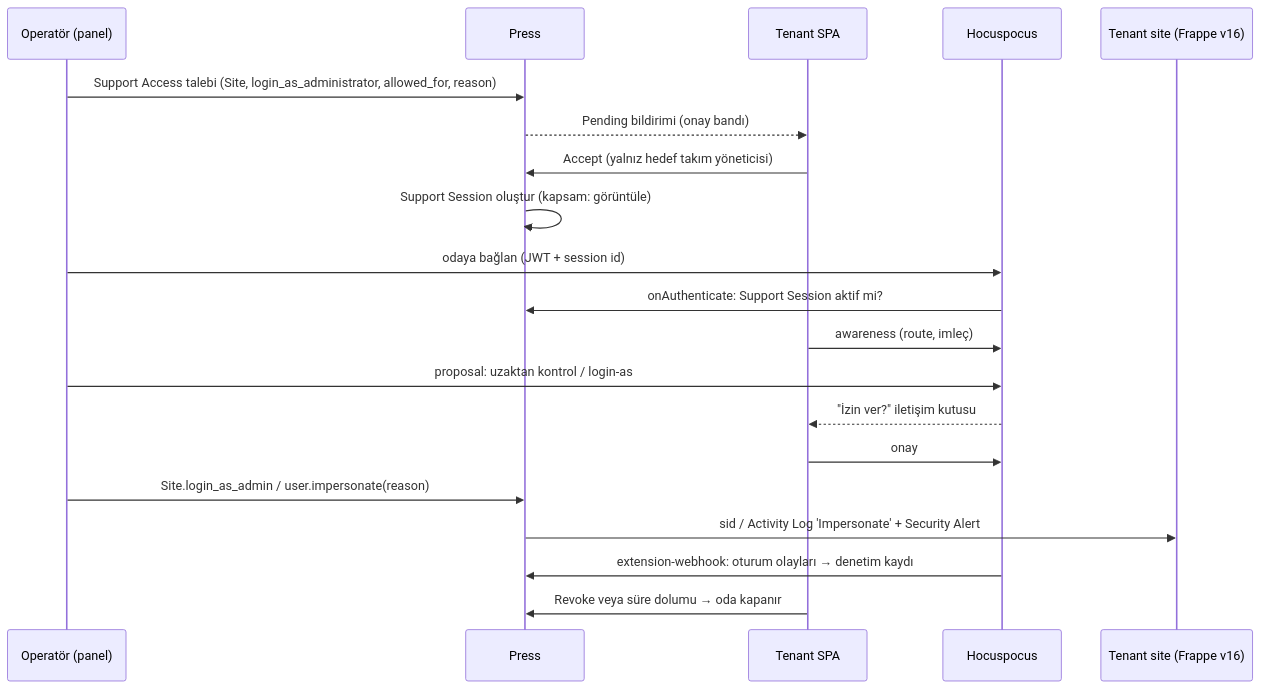
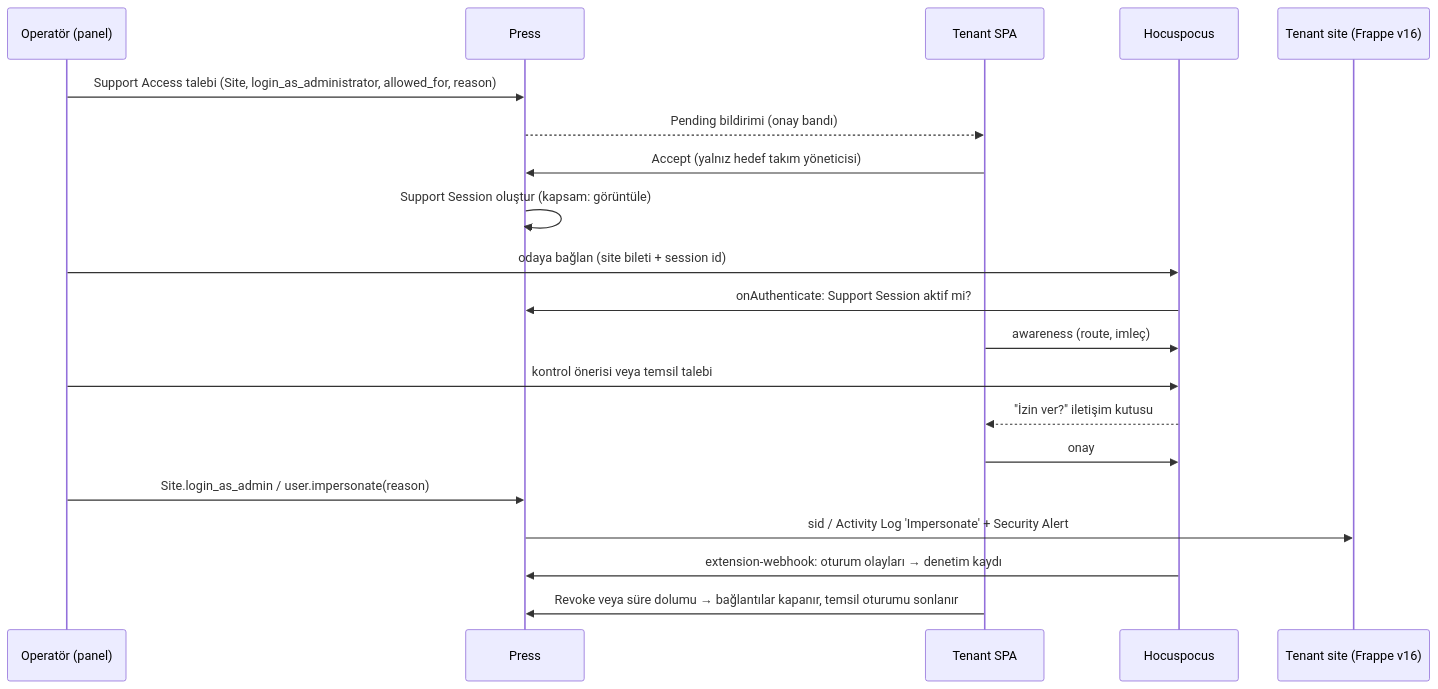
One commit to karacaismail/frappesetup changed the diagram in src/content/docs/rail-6-operasyon.md. Above: the diagram before and after it, drawn with Mermaid. The commit also changed other lines of this file and 43 other files, not shown here.

````diff
--- a/src/content/docs/rail-6-operasyon.md
+++ b/src/content/docs/rail-6-operasyon.md
@@ -58,22 +88,22 @@
 ```mermaid
 sequenceDiagram
     participant Op as Operatör (panel)
     participant P as Press
     participant T as Tenant SPA
     participant H as Hocuspocus
     participant S as Tenant site (Frappe v16)
     Op->>P: Support Access talebi (Site, login_as_administrator, allowed_for, reason)
     P-->>T: Pending bildirimi (onay bandı)
     T->>P: Accept (yalnız hedef takım yöneticisi)
     P->>P: Support Session oluştur (kapsam: görüntüle)
-    Op->>H: odaya bağlan (JWT + session id)
+    Op->>H: odaya bağlan (site bileti + session id)
     H->>P: onAuthenticate: Support Session aktif mi?
     T->>H: awareness (route, imleç)
-    Op->>H: proposal: uzaktan kontrol / login-as
+    Op->>H: kontrol önerisi veya temsil talebi
     H-->>T: "İzin ver?" iletişim kutusu
     T->>H: onay
     Op->>P: Site.login_as_admin / user.impersonate(reason)
     P->>S: sid / Activity Log 'Impersonate' + Security Alert
     H->>P: extension-webhook: oturum olayları → denetim kaydı
-    T->>P: Revoke veya süre dolumu → oda kapanır
+    T->>P: Revoke veya süre dolumu → bağlantılar kapanır, temsil oturumu sonlanır
 ```
````
